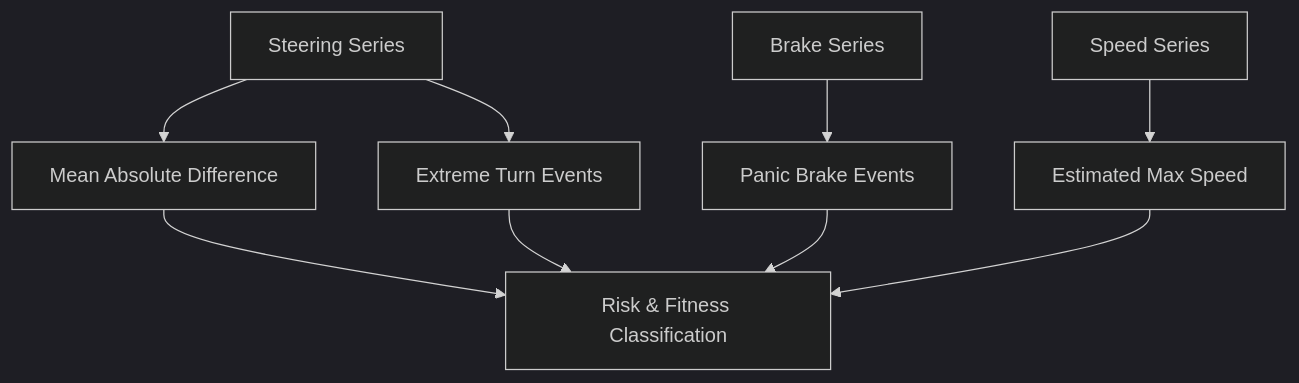
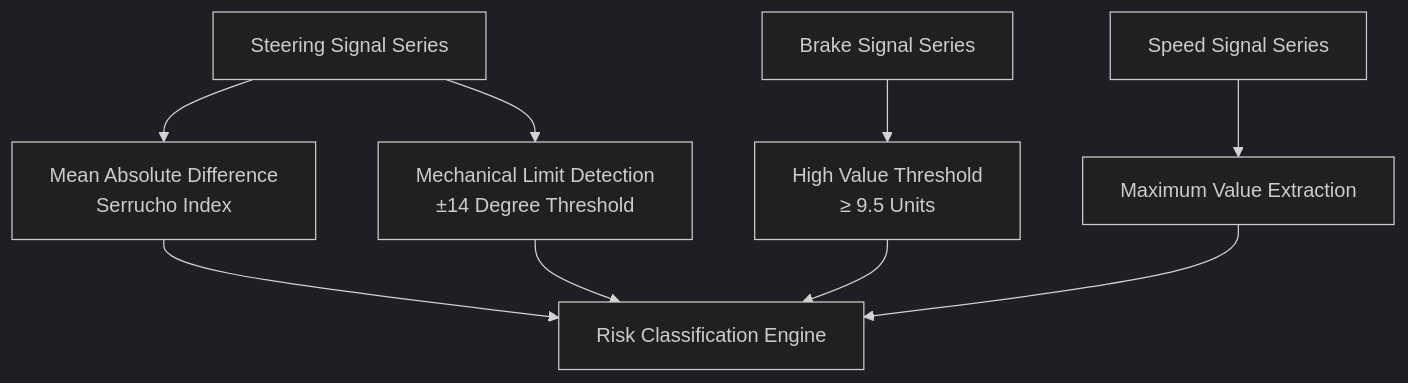
The second of 5 diagrams in .qoder/repowiki/en/content/Core Services & Business Logic/Telemetry Processing Engine.md (AgusCatra/simu-twin-web), drawn with Mermaid (dark theme) before and after one commit. The commit also changed other lines of this file and 63 other files, not shown here.

````diff
--- a/.qoder/repowiki/en/content/Core Services & Business Logic/Telemetry Processing Engine.md
+++ b/.qoder/repowiki/en/content/Core Services & Business Logic/Telemetry Processing Engine.md
@@ -157,11 +231,11 @@
 ```mermaid
 flowchart TD
-Steering["Steering Series"] --> Serrucho["Mean Absolute Difference"]
-Steering --> Extremes["Extreme Turn Events"]
-Brake["Brake Series"] --> Panic["Panic Brake Events"]
-Speed["Speed Series"] --> MaxSpeed["Estimated Max Speed"]
-Serrucho --> Classify["Risk & Fitness Classification"]
-Extremes --> Classify
-Panic --> Classify
-MaxSpeed --> Classify
+SteeringSignal["Steering Signal Series"] --> SerruchoCalc["Mean Absolute Difference<br/>Serrucho Index"]
+SteeringSignal --> ExtremesDetection["Mechanical Limit Detection<br/>±14 Degree Threshold"]
+BrakeSignal["Brake Signal Series"] --> PanicThreshold["High Value Threshold<br/>≥ 9.5 Units"]
+SpeedSignal["Speed Signal Series"] --> PeakDetection["Maximum Value Extraction"]
+SerruchoCalc --> Classification["Risk Classification Engine"]
+ExtremesDetection --> Classification
+PanicThreshold --> Classification
+PeakDetection --> Classification
 ```
````
